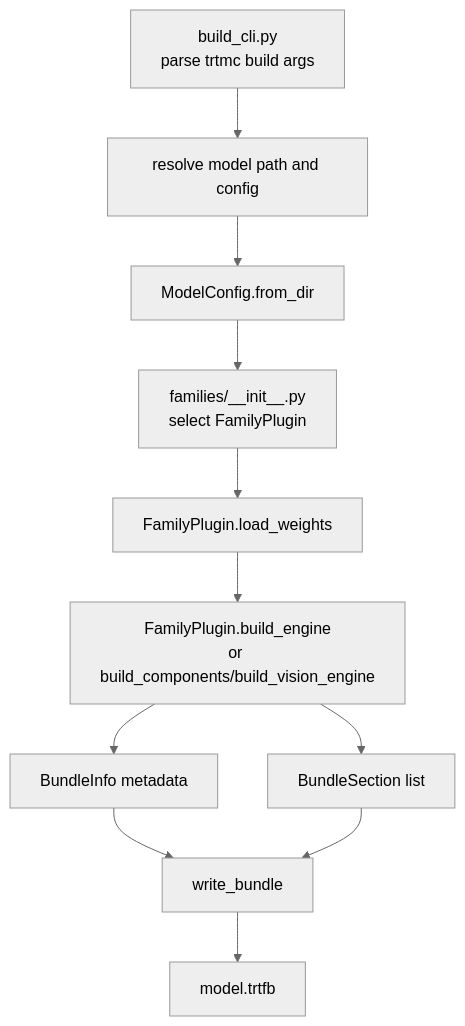
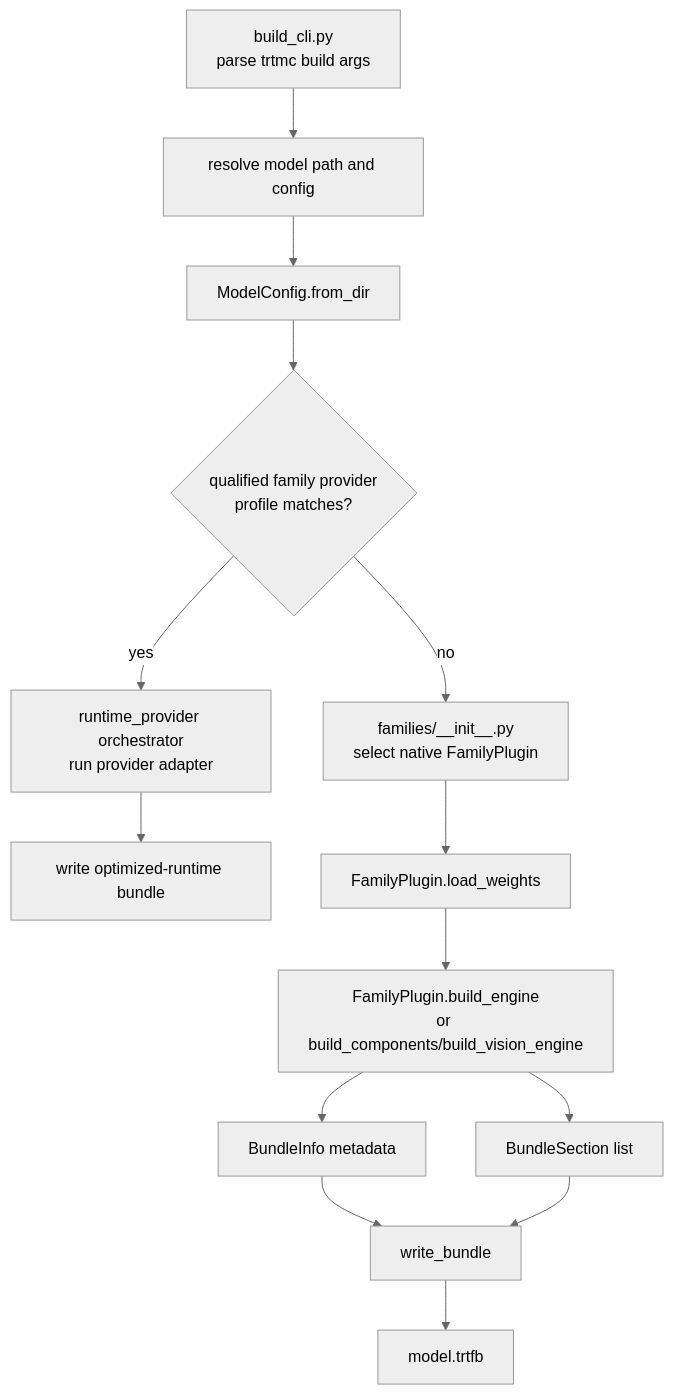
The fourth of 6 diagrams in website/docs/architecture/overview.md (NVIDIA/TensorRT-Model-Connect), drawn with Mermaid (neutral theme) before and after one commit. The commit also changed other lines of this file and 76 other files, not shown here.

````diff
--- a/website/docs/architecture/overview.md
+++ b/website/docs/architecture/overview.md
@@ -149,13 +193,16 @@
 ```mermaid
 flowchart TD
   CLI["build_cli.py<br/>parse trtmc build args"] --> Resolve["resolve model path and config"]
   Resolve --> ModelConfig["ModelConfig.from_dir"]
-  ModelConfig --> Match["families/__init__.py<br/>select FamilyPlugin"]
+  ModelConfig --> Provider{"qualified family provider<br/>profile matches?"}
+  Provider -->|yes| Adapter["runtime_provider orchestrator<br/>run provider adapter"]
+  Adapter --> ProviderBundle["write optimized-runtime bundle"]
+  Provider -->|no| Match["families/__init__.py<br/>select native FamilyPlugin"]
   Match --> LoadWeights["FamilyPlugin.load_weights"]
   LoadWeights --> BuildEngine["FamilyPlugin.build_engine<br/>or build_components/build_vision_engine"]
   BuildEngine --> BundleInfo["BundleInfo metadata"]
   BuildEngine --> Sections["BundleSection list"]
   BundleInfo --> Write["write_bundle"]
   Sections --> Write
   Write --> Trtfb["model.trtfb"]
 ```
````
